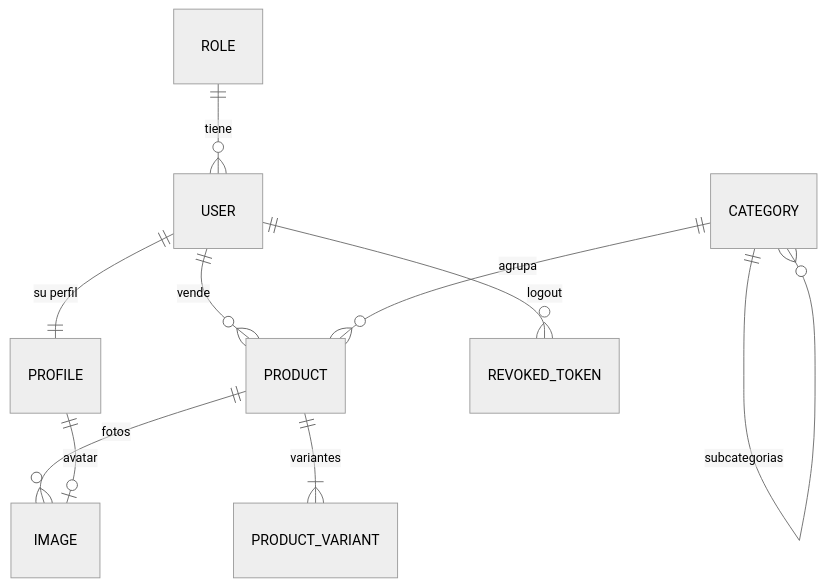
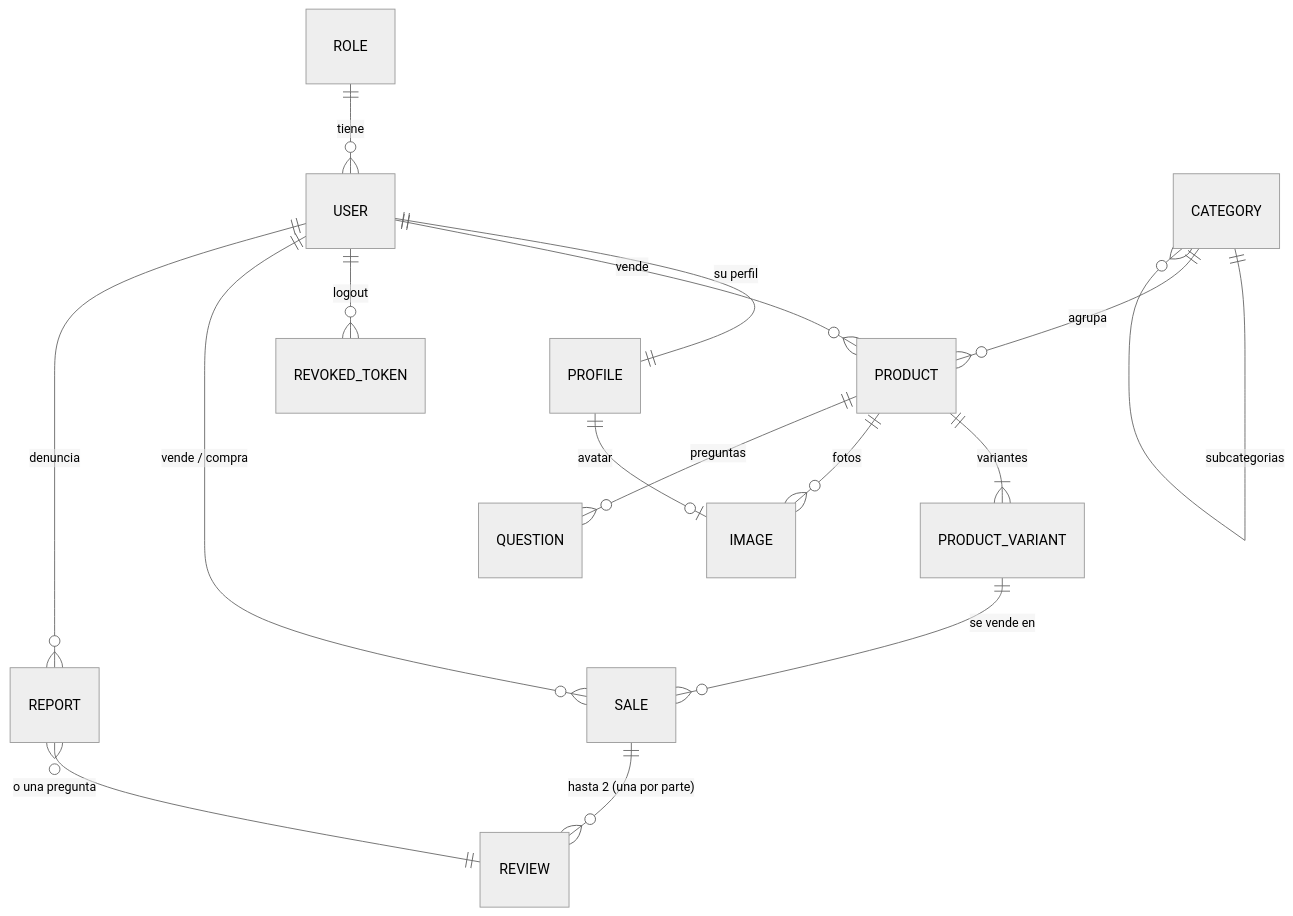
The third of 4 diagrams in README.md (Yonderus/ReviShop-Tienda-Segunda-Mano), drawn with Mermaid (neutral theme) before and after one commit. The commit also changed other lines of this file and 5 other files, not shown here.

````diff
--- a/README.md
+++ b/README.md
@@ -189,12 +196,18 @@
 ```mermaid
 erDiagram
     ROLE ||--o{ USER : tiene
     USER ||--|| PROFILE : "su perfil"
     USER ||--o{ PRODUCT : vende
     USER ||--o{ REVOKED_TOKEN : "logout"
     CATEGORY ||--o{ CATEGORY : subcategorias
     CATEGORY ||--o{ PRODUCT : agrupa
     PRODUCT ||--|{ PRODUCT_VARIANT : variantes
     PRODUCT ||--o{ IMAGE : fotos
     PROFILE ||--o| IMAGE : avatar
+    USER ||--o{ SALE : "vende / compra"
+    PRODUCT_VARIANT ||--o{ SALE : "se vende en"
+    SALE ||--o{ REVIEW : "hasta 2 (una por parte)"
+    PRODUCT ||--o{ QUESTION : preguntas
+    USER ||--o{ REPORT : denuncia
+    REPORT }o--|| REVIEW : "o una pregunta"
 ```
````
